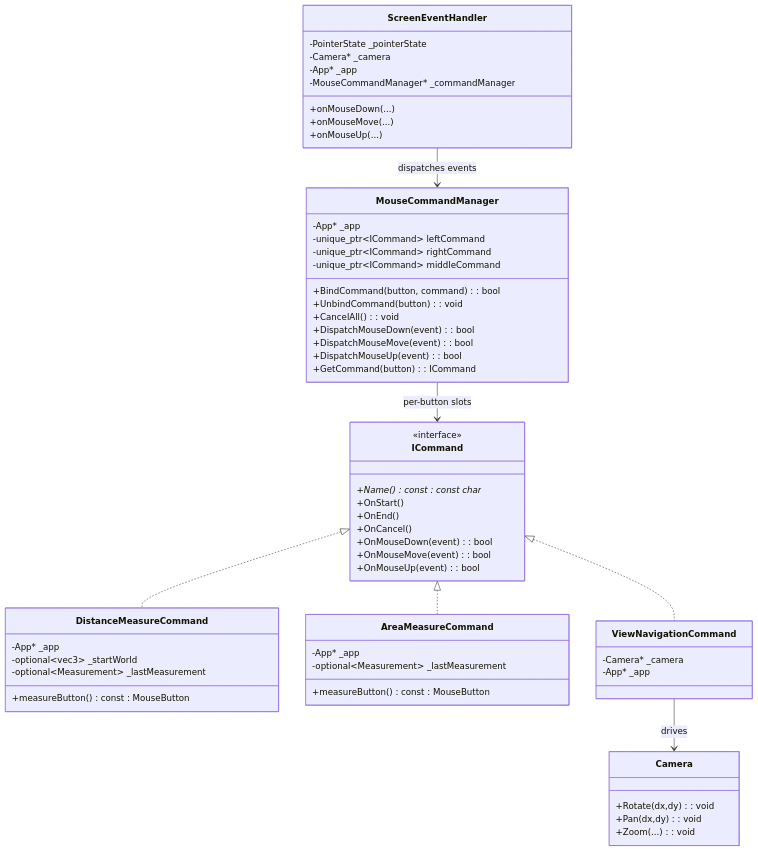
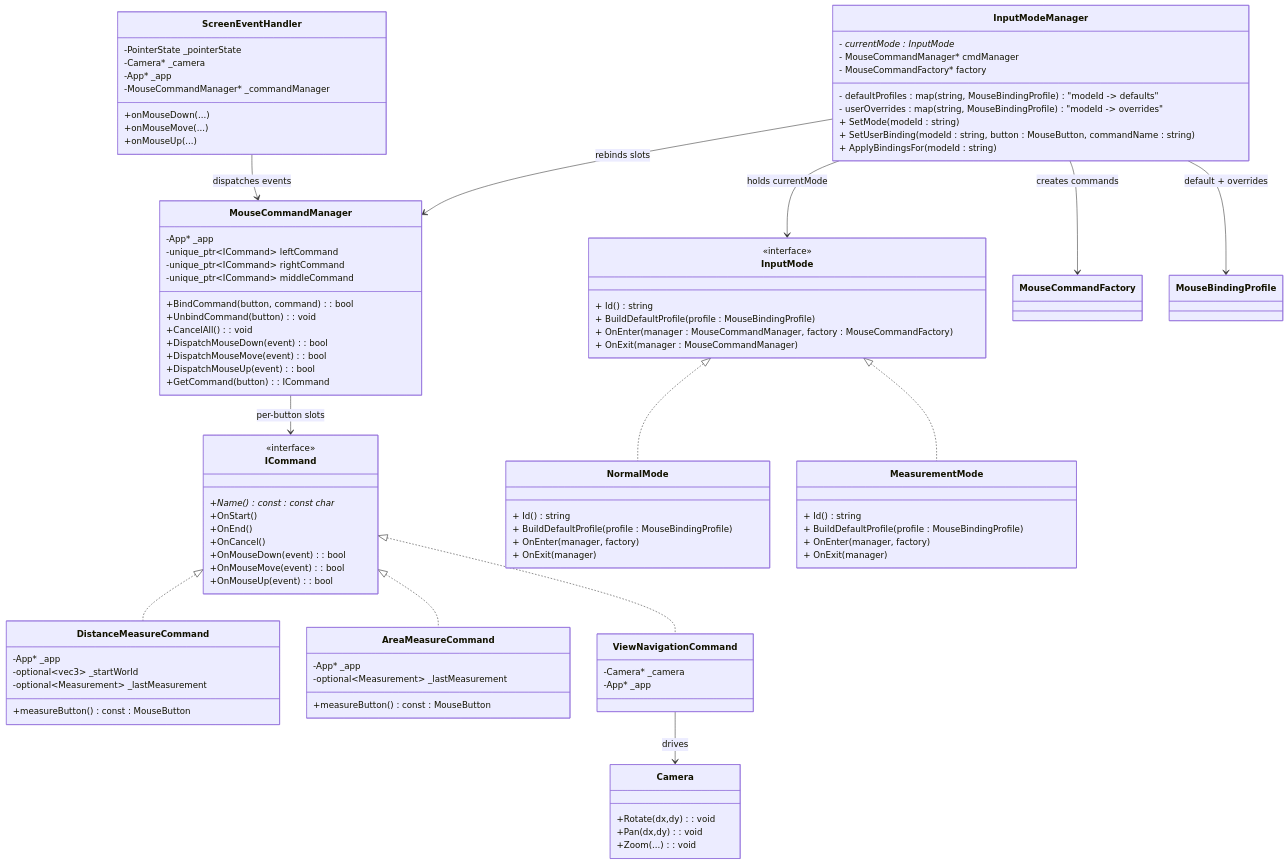
Before and after one commit to vfa-khaidt1/vfa-cdn: the second of 4 diagrams in GraphV3.md, drawn with Mermaid.

````diff
--- a/GraphV3.md
+++ b/GraphV3.md
@@ -94,6 +94,39 @@
         +Zoom(...): void
     }
 
+        class InputMode {
+        <<interface>>
+        + Id() string
+        + BuildDefaultProfile(profile : MouseBindingProfile)
+        + OnEnter(manager : MouseCommandManager, factory : MouseCommandFactory)
+        + OnExit(manager : MouseCommandManager)
+    }
+
+    class NormalMode {
+        + Id() string
+        + BuildDefaultProfile(profile : MouseBindingProfile)
+        + OnEnter(manager, factory)
+        + OnExit(manager)
+    }
+
+    class MeasurementMode {
+        + Id() string
+        + BuildDefaultProfile(profile : MouseBindingProfile)
+        + OnEnter(manager, factory)
+        + OnExit(manager)
+    }
+
+    class InputModeManager {
+        - currentMode : InputMode*
+        - MouseCommandManager* cmdManager
+        - MouseCommandFactory* factory
+        - defaultProfiles : map(string, MouseBindingProfile)  "modeId -> defaults"
+        - userOverrides : map(string, MouseBindingProfile)    "modeId -> overrides"
+        + SetMode(modeId : string)
+        + SetUserBinding(modeId : string, button : MouseButton, commandName : string)
+        + ApplyBindingsFor(modeId : string)
+    }
+
     ICommand <|.. DistanceMeasureCommand
     ICommand <|.. ViewNavigationCommand
     ICommand <|.. AreaMeasureCommand
@@ -101,4 +134,12 @@
     ScreenEventHandler --> MouseCommandManager : dispatches events
     MouseCommandManager --> ICommand : per-button slots
     ViewNavigationCommand --> Camera : drives
+
+    InputMode <|.. NormalMode
+    InputMode <|.. MeasurementMode
+
+    InputModeManager --> InputMode : holds currentMode
+    InputModeManager --> MouseCommandManager : rebinds slots
+    InputModeManager --> MouseCommandFactory : creates commands
+    InputModeManager --> MouseBindingProfile : default + overrides
 ```
````
